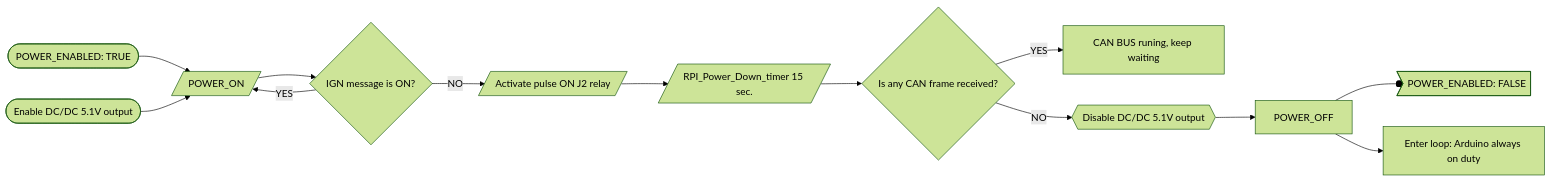
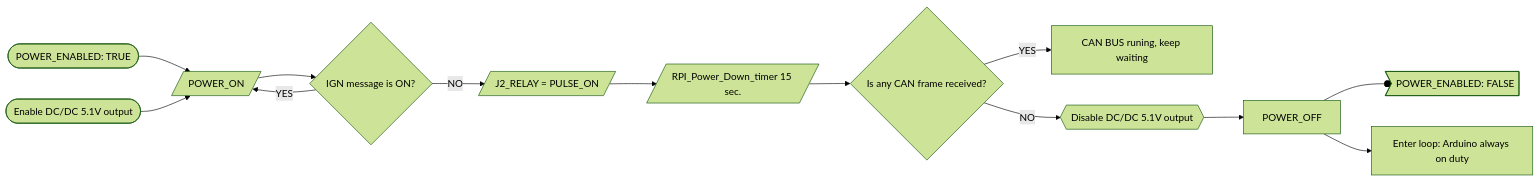
The fourth of 4 diagrams in README.md (martis2580/Outdated-Volvo-Nav-Retrofit), drawn with Mermaid (forest theme) before and after one commit.

Commit message:
Update relay activation message in README

````diff
--- a/README.md
+++ b/README.md
@@ -109,15 +109,15 @@
 ```mermaid
 flowchart LR
     A([POWER_ENABLED: TRUE])  -->C[/POWER_ON/]
     B([Enable DC/DC 5.1V output])  -->C[/POWER_ON/]
     C -->D{IGN message is ON?}
     D -->|YES| C
-    D -->|NO| E[/Activate pulse ON J2 relay/]
+    D -->|NO| E[/J2_RELAY = PULSE_ON/]
     E -->F[/RPI_Power_Down_timer 15 sec. /]
     F -->G{Is any CAN frame received?}
     G -->|YES| H[CAN BUS runing, keep waiting]
     G -->|NO|J@{ shape: hex, label: "Disable DC/DC 5.1V output" }
     J -->K[POWER_OFF]
     K --oL@{ shape: odd, label: "POWER_ENABLED: FALSE"}
     K -->M[Enter loop: Arduino always on duty]
 ```
````
